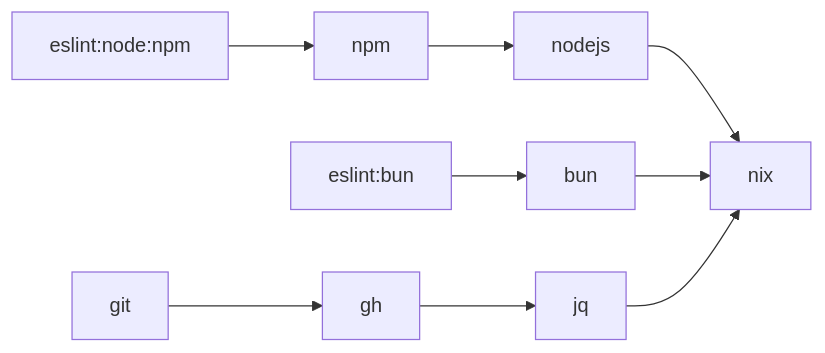
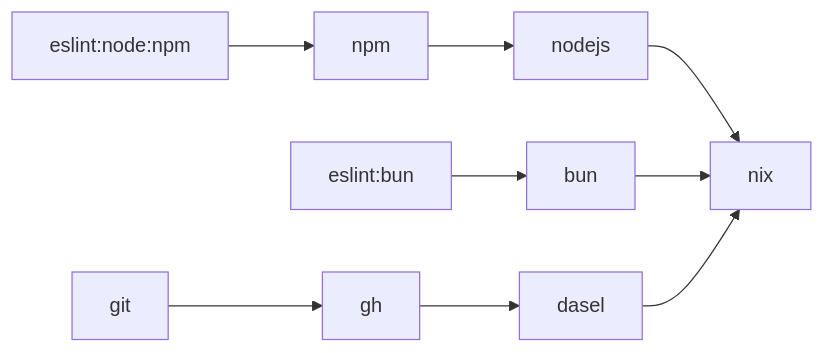
One commit to task-otter/store changed the diagram in README.md. Above: the diagram before and after it, drawn with Mermaid. The commit also changed other lines of this file and 17 other files, not shown here.

````diff
--- a/README.md
+++ b/README.md
@@ -129,6 +129,6 @@
 ```mermaid
 flowchart LR
   eslint_npm["eslint:node:npm"] --> npm --> nodejs --> nix
   eslint_bun["eslint:bun"] --> bun --> nix
-  git --> gh --> jq --> nix
+  git --> gh --> dasel --> nix
 ```
````
